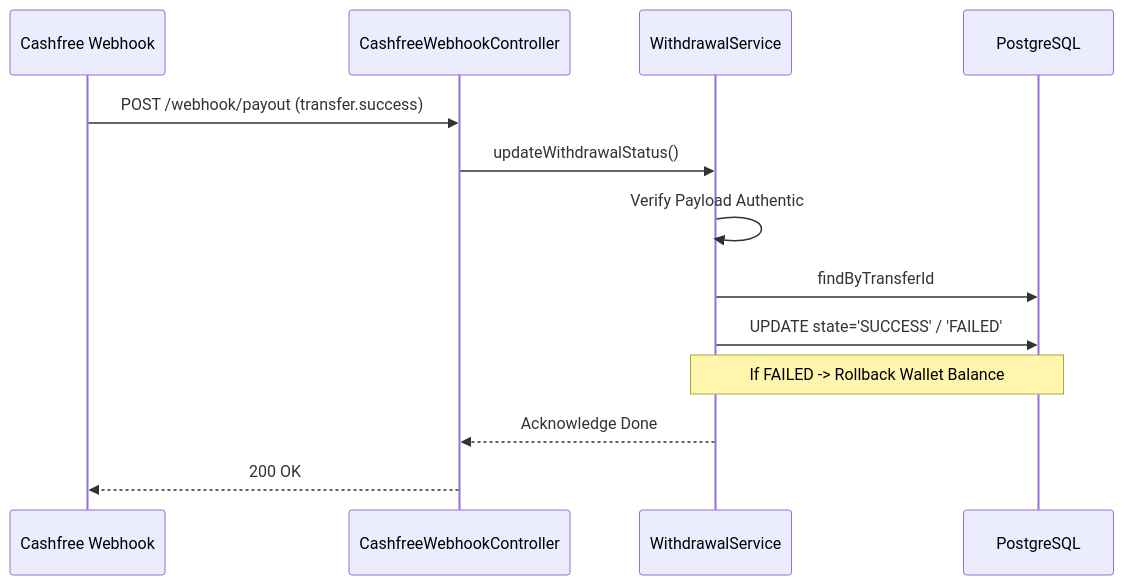
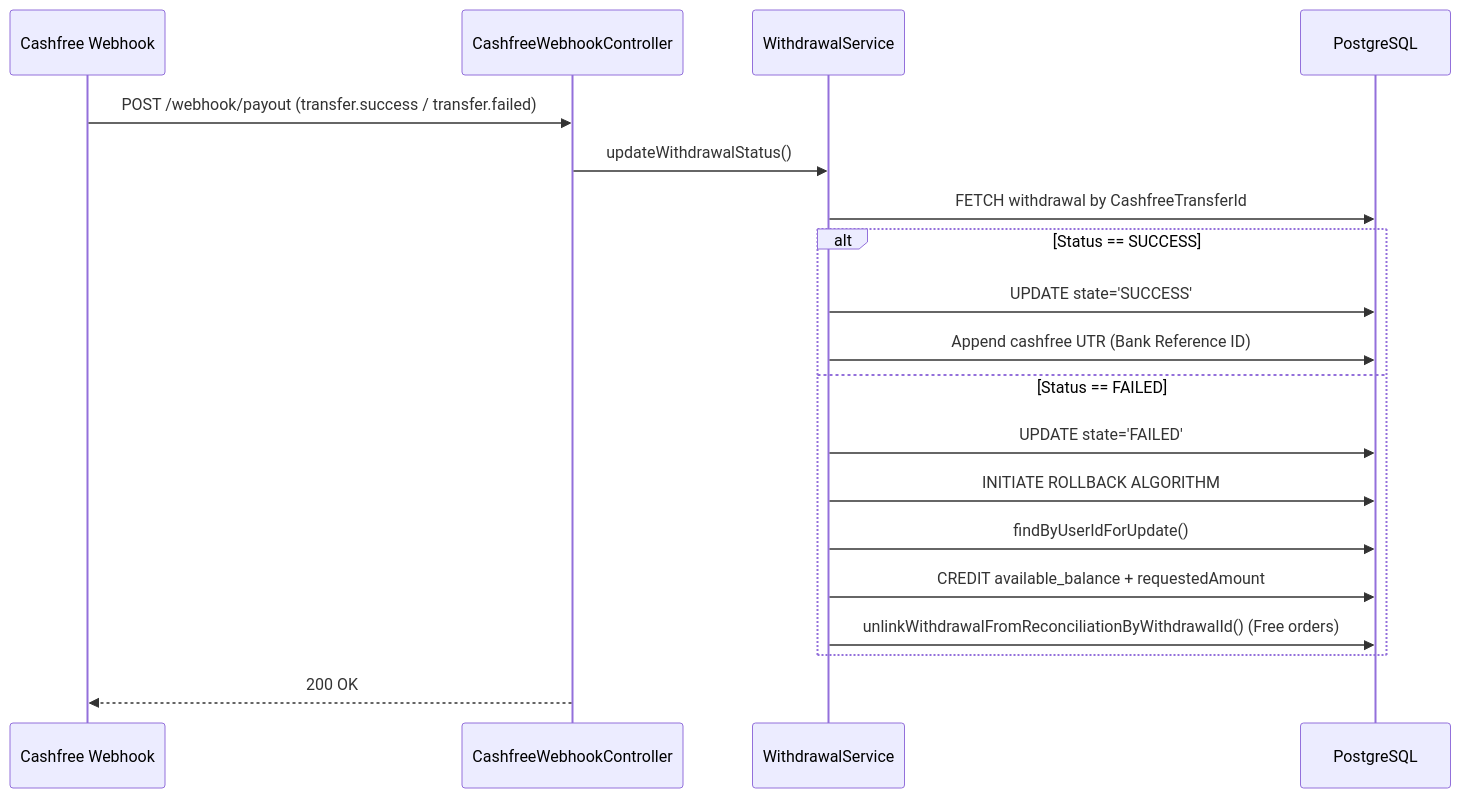
The fourth of 4 diagrams in README.md (Omkar7840/eco), drawn with Mermaid before and after one commit. The commit also changed other lines of this file, not shown here.

````diff
--- a/README.md
+++ b/README.md
@@ -100,16 +132,24 @@
 ```mermaid
 sequenceDiagram
     participant CF as Cashfree Webhook
     participant W as CashfreeWebhookController
     participant S as WithdrawalService
     participant DB as PostgreSQL
 
-    CF->>W: POST /webhook/payout (transfer.success)
+    CF->>W: POST /webhook/payout (transfer.success / transfer.failed)
     W->>S: updateWithdrawalStatus()
-    S->>S: Verify Payload Authentic
-    S->>DB: findByTransferId
-    S->>DB: UPDATE state='SUCCESS' / 'FAILED'
-    Note over S,DB: If FAILED -> Rollback Wallet Balance
-    S-->>W: Acknowledge Done
+    S->>DB: FETCH withdrawal by CashfreeTransferId
+    
+    alt Status == SUCCESS
+        S->>DB: UPDATE state='SUCCESS'
+        S->>DB: Append cashfree UTR (Bank Reference ID)
+    else Status == FAILED
+        S->>DB: UPDATE state='FAILED'
+        S->>DB: INITIATE ROLLBACK ALGORITHM
+        S->>DB: findByUserIdForUpdate()
+        S->>DB: CREDIT available_balance + requestedAmount
+        S->>DB: unlinkWithdrawalFromReconciliationByWithdrawalId() (Free orders)
+    end
+    
     W-->>CF: 200 OK
 ```
````
